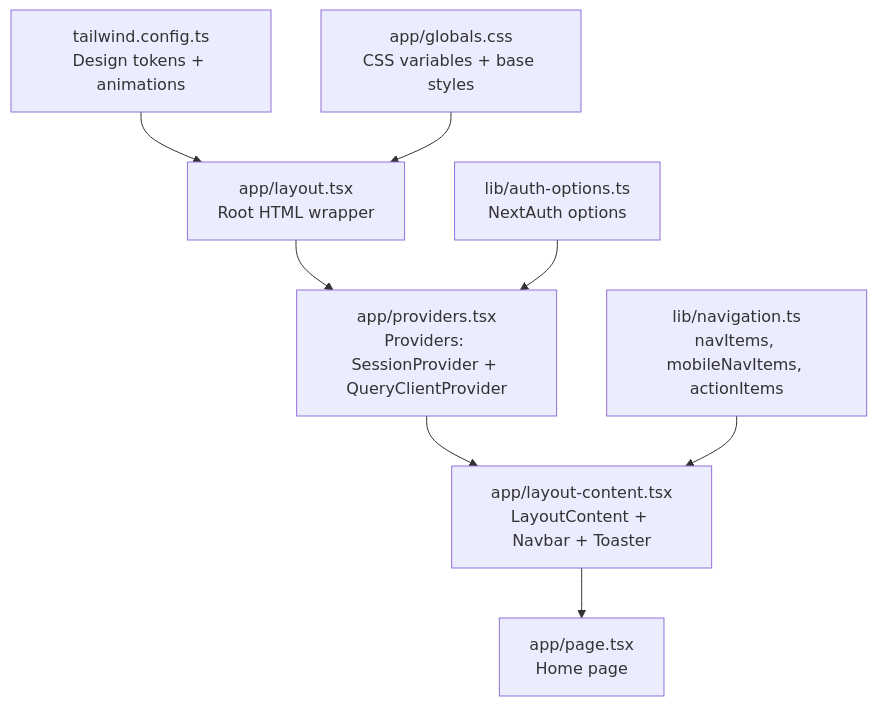
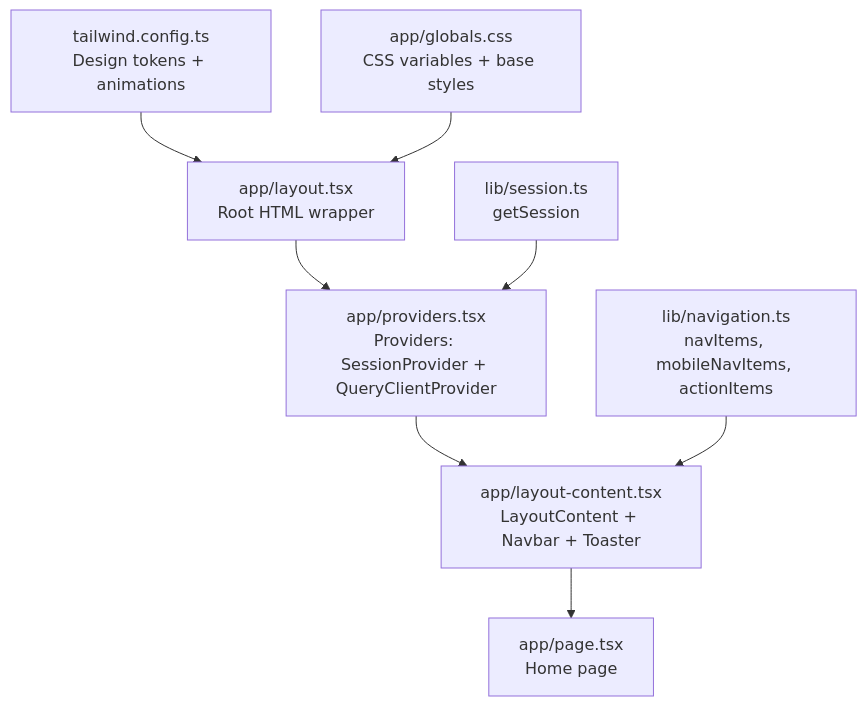
Before and after one commit to tashifkhan/tashif.codes: the first of 8 diagrams in src/data/docs/talentsync/Frontend Application/Frontend Application.md, drawn with Mermaid. The commit also changed other lines of this file and 2128 other files, not shown here.

First line of the commit message:
docs: replace raster diagram images with native Mermaid across project guides

````diff
--- a/src/data/docs/talentsync/Frontend Application/Frontend Application.md
+++ b/src/data/docs/talentsync/Frontend Application/Frontend Application.md
@@ -9,10 +8,10 @@
 ```mermaid
 graph TB
 A["app/layout.tsx<br/>Root HTML wrapper"] --> B["app/providers.tsx<br/>Providers: SessionProvider + QueryClientProvider"]
 B --> C["app/layout-content.tsx<br/>LayoutContent + Navbar + Toaster"]
 C --> D["app/page.tsx<br/>Home page"]
 E["lib/navigation.ts<br/>navItems, mobileNavItems, actionItems"] --> C
-F["lib/auth-options.ts<br/>NextAuth options"] --> B
+F["lib/session.ts<br/>getSession"] --> B
 G["tailwind.config.ts<br/>Design tokens + animations"] --> A
 H["app/globals.css<br/>CSS variables + base styles"] --> A
 ```
````
